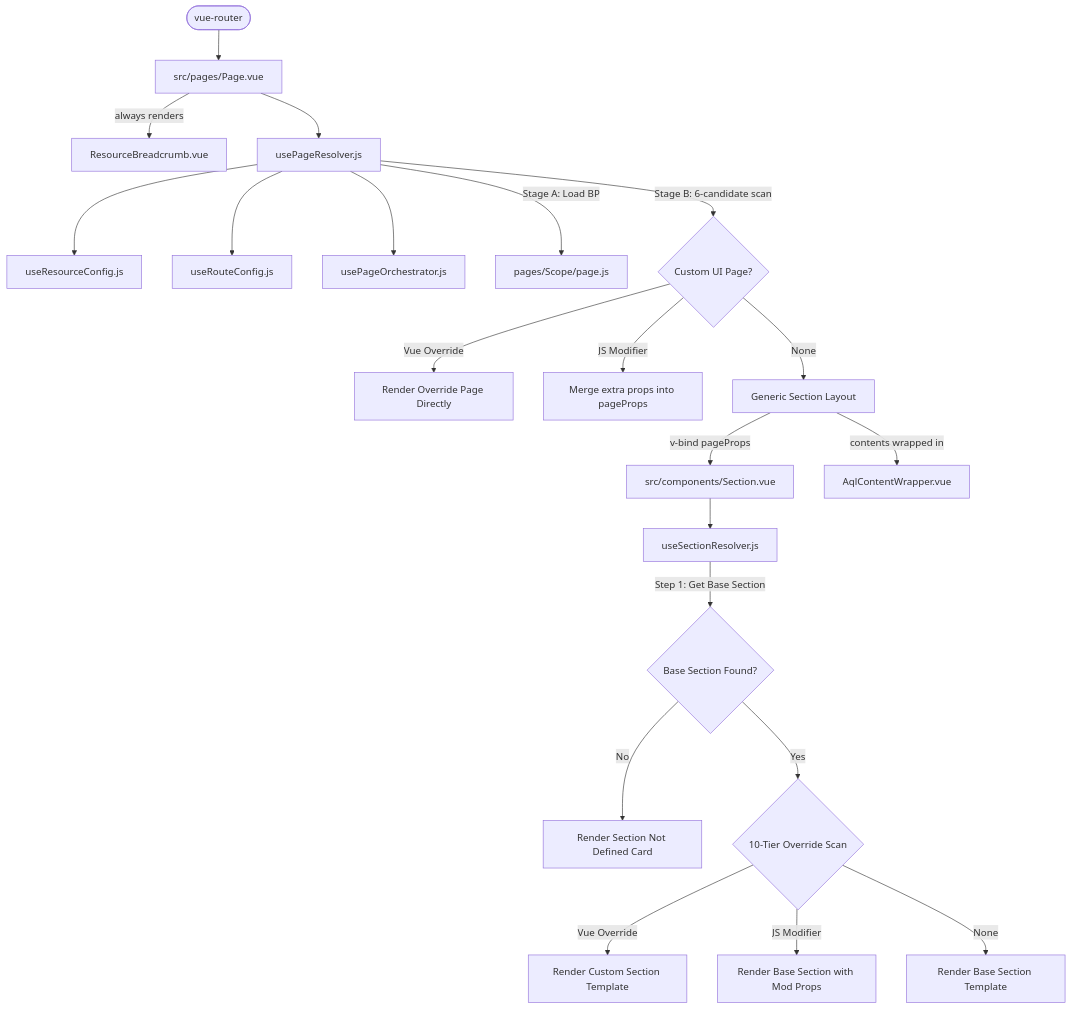
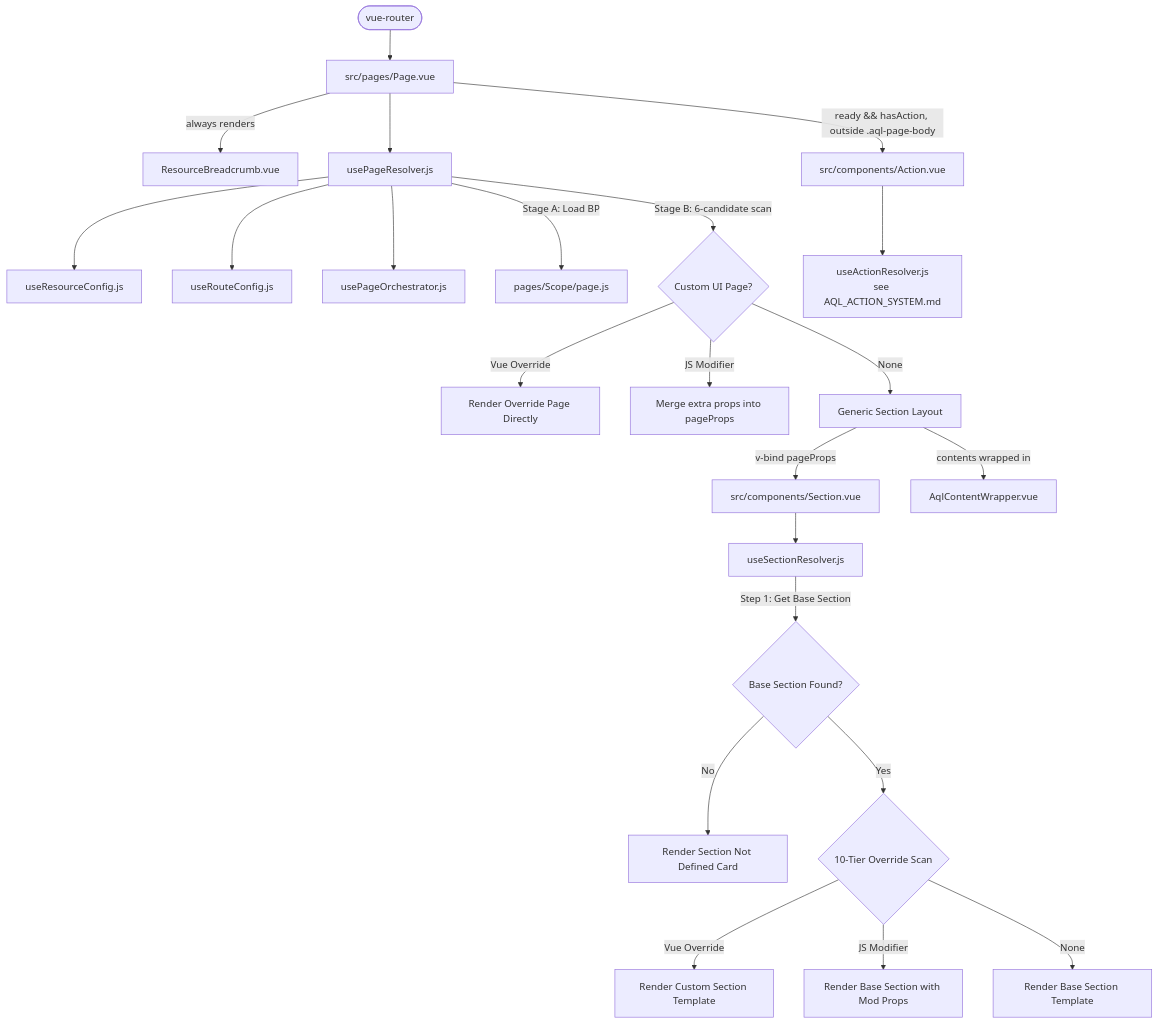
Before and after one commit to firumon/little-leap-aql: the diagram in Documents/AQL_PAGE_AND_SECTION_SYSTEM.md, drawn with Mermaid. The commit also changed other lines of this file and 11 other files, not shown here.

Commit message:
docs: document AQL Action Subsystem, update registries & initialization prompts

````diff
--- a/Documents/AQL_PAGE_AND_SECTION_SYSTEM.md
+++ b/Documents/AQL_PAGE_AND_SECTION_SYSTEM.md
@@ -11,27 +26,29 @@
 ```mermaid
 graph TD
     Router([vue-router]) --> PageVue[src/pages/Page.vue]
     PageVue --> |always renders| Breadcrumb[ResourceBreadcrumb.vue]
     PageVue --> usePageResolver[usePageResolver.js]
     usePageResolver --> useResourceConfig[useResourceConfig.js]
     usePageResolver --> useRouteConfig[useRouteConfig.js]
     usePageResolver --> usePageOrchestrator[usePageOrchestrator.js]
     usePageResolver --> |Stage A: Load BP| BaseContract[pages/Scope/page.js]
     usePageResolver --> |Stage B: 6-candidate scan| CustomUiPages{Custom UI Page?}
 
     CustomUiPages --> |Vue Override| CustomPage[Render Override Page Directly]
     CustomUiPages --> |JS Modifier| MergeProps[Merge extra props into pageProps]
     CustomUiPages --> |None| SectionLayout[Generic Section Layout]
 
     SectionLayout --> |v-bind pageProps| SectionVue[src/components/Section.vue]
     SectionLayout --> |contents wrapped in| AqlContentWrapper[AqlContentWrapper.vue]
+    PageVue --> |ready && hasAction, outside .aql-page-body| ActionVue[src/components/Action.vue]
+    ActionVue --> useActionResolver[useActionResolver.js<br/>see AQL_ACTION_SYSTEM.md]
 
     SectionVue --> useSectionResolver[useSectionResolver.js]
     useSectionResolver --> |Step 1: Get Base Section| BaseSection{Base Section Found?}
     BaseSection --> |No| UndefinedCard[Render Section Not Defined Card]
     BaseSection --> |Yes| OverrideScan{10-Tier Override Scan}
 
     OverrideScan --> |Vue Override| CustomSection[Render Custom Section Template]
     OverrideScan --> |JS Modifier| RenderBaseWithJS[Render Base Section with Mod Props]
     OverrideScan --> |None| RenderBase[Render Base Section Template]
 ```
````
